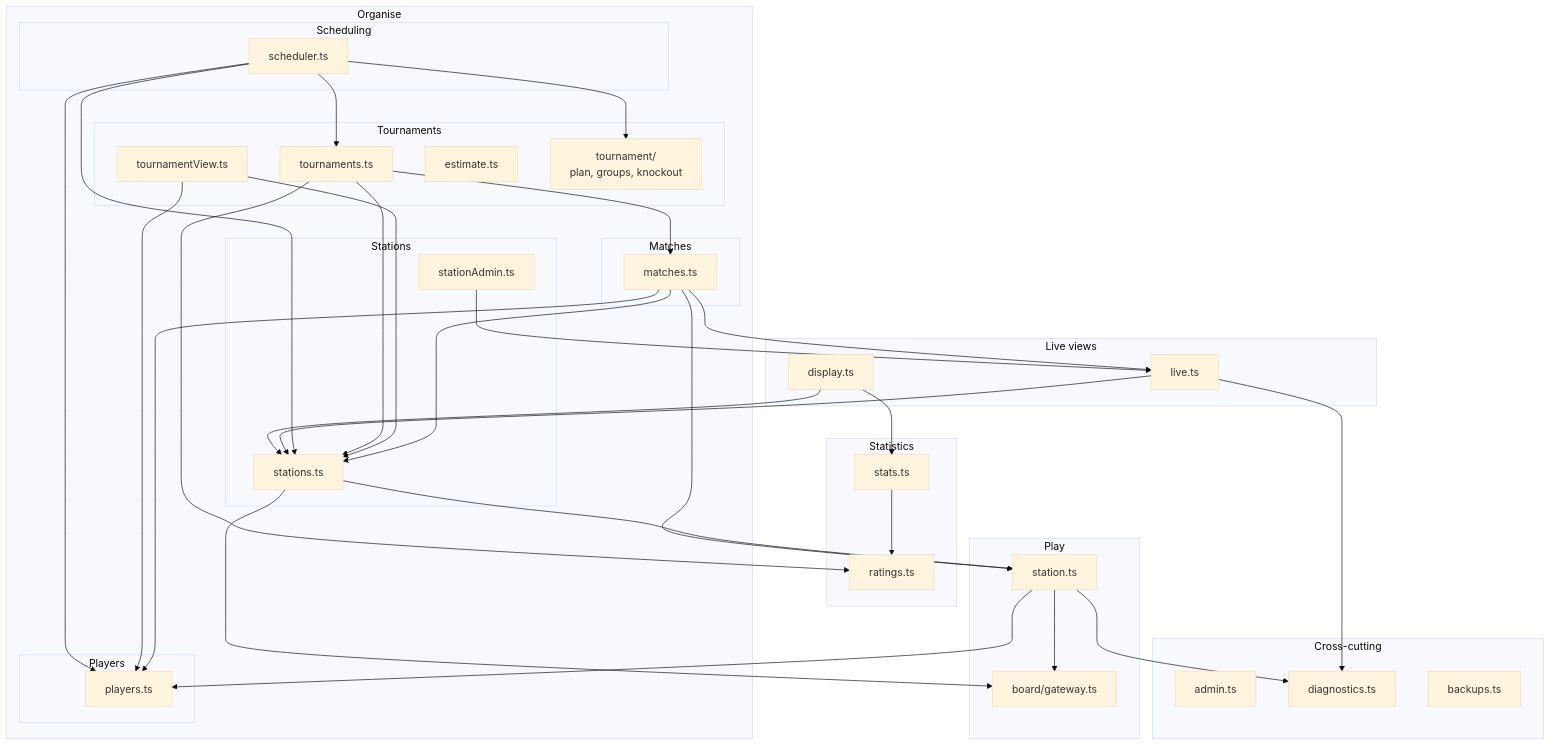
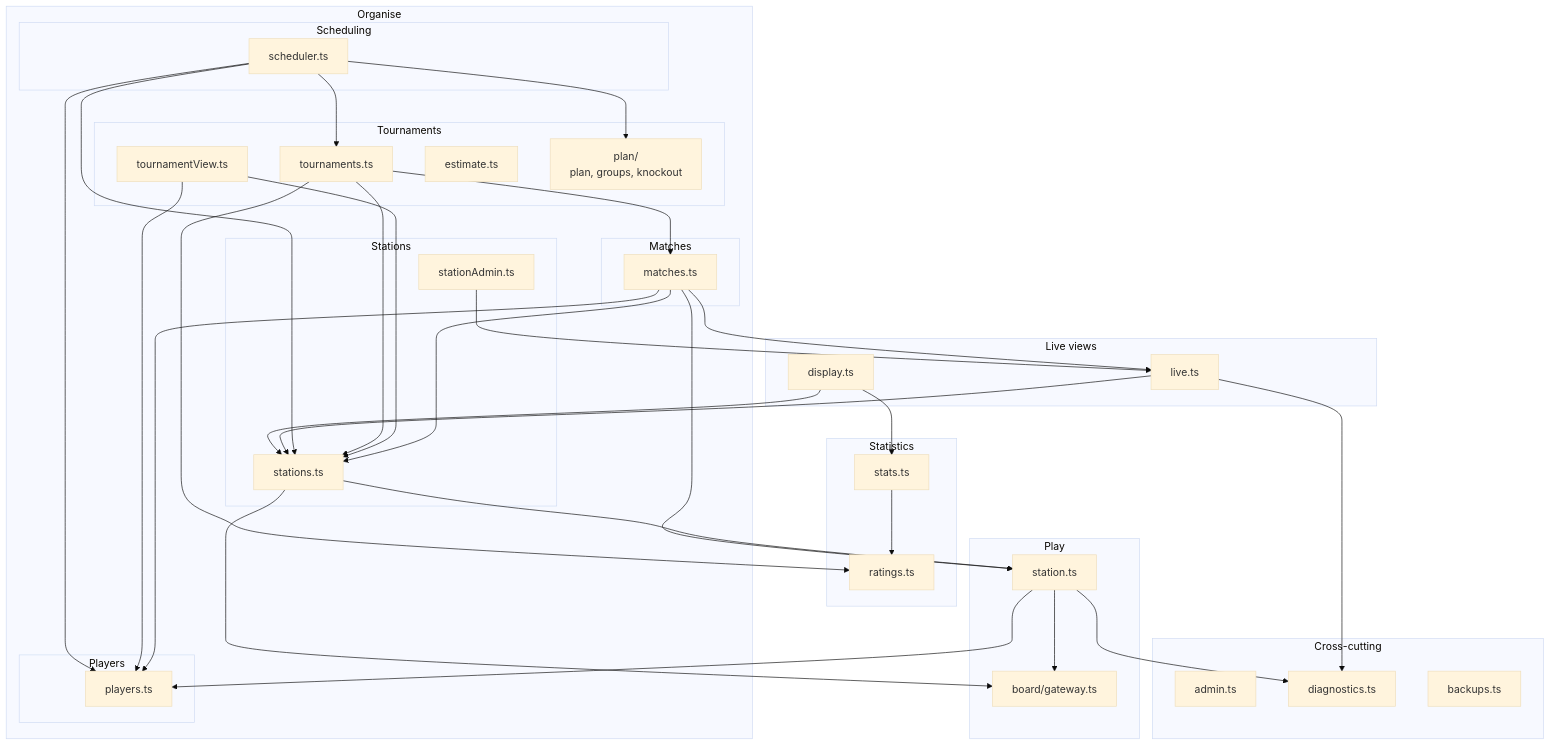
One commit to sverbach/n4-darts changed the second of 2 diagrams in docs/architecture/05-building-block-view.md. Above: the diagram before and after it, drawn with Mermaid (base theme). The commit also changed other lines of this file and 82 other files, not shown here.

````diff
--- a/docs/architecture/05-building-block-view.md
+++ b/docs/architecture/05-building-block-view.md
@@ -89,76 +89,76 @@
 ```mermaid
 flowchart TB
     subgraph views["Live views"]
         live["live.ts"]
         display["display.ts"]
     end
 
     subgraph statistics["Statistics"]
         stats["stats.ts"]
         ratings["ratings.ts"]
     end
 
     subgraph organise["Organise"]
         subgraph sched["Scheduling"]
             scheduler["scheduler.ts"]
         end
         subgraph tour["Tournaments"]
             tournaments["tournaments.ts"]
             tview["tournamentView.ts"]
             estimate["estimate.ts"]
-            plan["tournament/<br/>plan, groups, knockout"]
+            plan["plan/<br/>plan, groups, knockout"]
         end
         subgraph mat["Matches"]
             matches["matches.ts"]
         end
         subgraph pl["Players"]
             players["players.ts"]
         end
         subgraph st["Stations"]
             stations["stations.ts"]
             stationAdmin["stationAdmin.ts"]
         end
     end
 
     subgraph play["Play"]
         station["station.ts"]
         gateway["board/gateway.ts"]
     end
 
     subgraph cross["Cross-cutting"]
         admin["admin.ts"]
         diagnostics["diagnostics.ts"]
         backups["backups.ts"]
     end
 
     display --> stats
     display --> stations
     live --> stations
 
     stats --> ratings
 
     scheduler --> tournaments
     scheduler --> stations
     scheduler --> plan
     scheduler --> players
 
     tournaments --> matches
     tournaments --> ratings
     tournaments --> stations
     tview --> players
     tview --> stations
 
     matches --> station
     matches --> stations
     matches --> players
     matches --> live
 
     stationAdmin --> live
     stations --> station
     stations --> gateway
     station --> gateway
     station --> players
 
     station --> diagnostics
     live --> diagnostics
 ```
````
